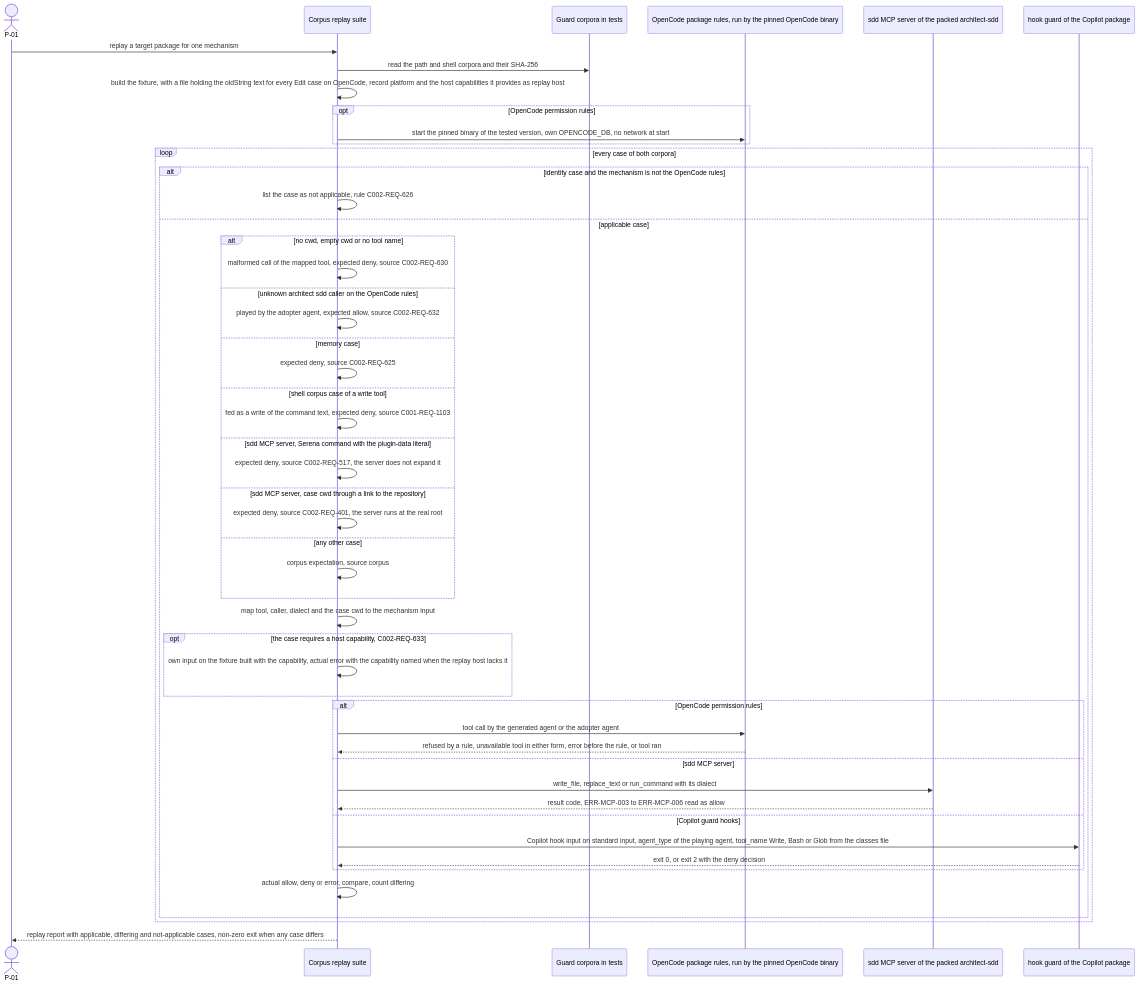
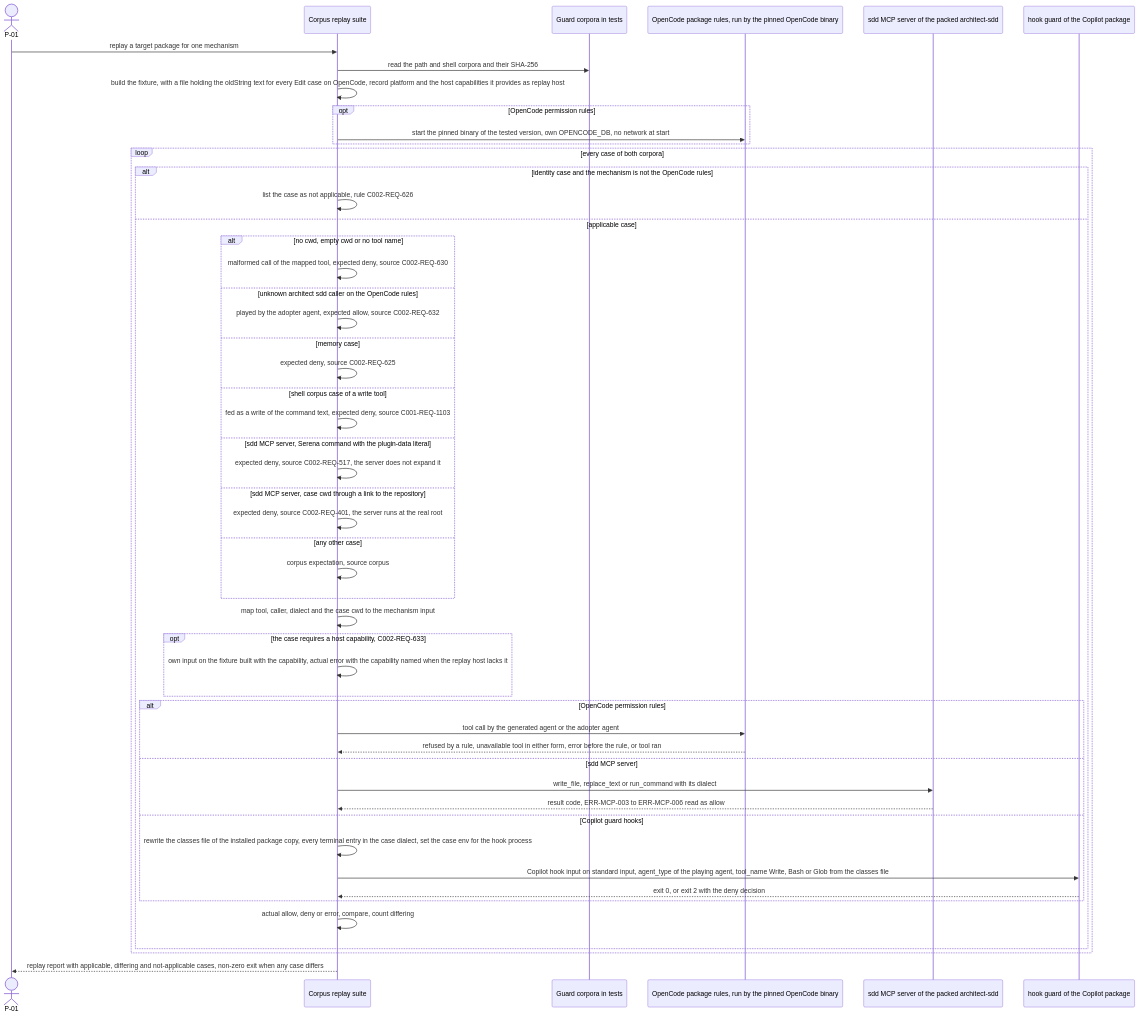
Diagram 12 of 15 in .sdd/002-multi-platform-targets/10-spec/60-architecture/architecture.md (jlacube/spec-architect), drawn with Mermaid before and after one commit. The commit also changed other lines of this file and 7 other files, not shown here.

````diff
--- a/.sdd/002-multi-platform-targets/10-spec/60-architecture/architecture.md
+++ b/.sdd/002-multi-platform-targets/10-spec/60-architecture/architecture.md
@@ -804,53 +804,54 @@
 ```mermaid
 sequenceDiagram
   %% F11 corpus replay with per-mechanism expectations. Realizes C002-TS-608 C002-TS-609 C002-TS-628 C002-TS-629 C002-TS-630 C002-TS-631 C002-TS-643 C002-TS-644 C002-TS-645 C002-TS-646 C002-TS-647
   actor P01 as P-01
   participant C002_COMP_008 as Corpus replay suite
   participant C002_COMP_013 as Guard corpora in tests
   participant C002_COMP_003 as OpenCode package rules, run by the pinned OpenCode binary
   participant C002_COMP_005 as sdd MCP server of the packed architect-sdd
   participant C002_COMP_012 as hook guard of the Copilot package
   P01->>C002_COMP_008: replay a target package for one mechanism
   C002_COMP_008->>C002_COMP_013: read the path and shell corpora and their SHA-256
   C002_COMP_008->>C002_COMP_008: build the fixture, with a file holding the oldString text for every Edit case on OpenCode, record platform and the host capabilities it provides as replay host
   opt OpenCode permission rules
     C002_COMP_008->>C002_COMP_003: start the pinned binary of the tested version, own OPENCODE_DB, no network at start
   end
   loop every case of both corpora
     alt identity case and the mechanism is not the OpenCode rules
       C002_COMP_008->>C002_COMP_008: list the case as not applicable, rule C002-REQ-626
     else applicable case
       alt no cwd, empty cwd or no tool name
         C002_COMP_008->>C002_COMP_008: malformed call of the mapped tool, expected deny, source C002-REQ-630
       else unknown architect sdd caller on the OpenCode rules
         C002_COMP_008->>C002_COMP_008: played by the adopter agent, expected allow, source C002-REQ-632
       else memory case
         C002_COMP_008->>C002_COMP_008: expected deny, source C002-REQ-625
       else shell corpus case of a write tool
         C002_COMP_008->>C002_COMP_008: fed as a write of the command text, expected deny, source C001-REQ-1103
       else sdd MCP server, Serena command with the plugin-data literal
         C002_COMP_008->>C002_COMP_008: expected deny, source C002-REQ-517, the server does not expand it
       else sdd MCP server, case cwd through a link to the repository
         C002_COMP_008->>C002_COMP_008: expected deny, source C002-REQ-401, the server runs at the real root
       else any other case
         C002_COMP_008->>C002_COMP_008: corpus expectation, source corpus
       end
       C002_COMP_008->>C002_COMP_008: map tool, caller, dialect and the case cwd to the mechanism input
       opt the case requires a host capability, C002-REQ-633
         C002_COMP_008->>C002_COMP_008: own input on the fixture built with the capability, actual error with the capability named when the replay host lacks it
       end
       alt OpenCode permission rules
         C002_COMP_008->>C002_COMP_003: tool call by the generated agent or the adopter agent
         C002_COMP_003-->>C002_COMP_008: refused by a rule, unavailable tool in either form, error before the rule, or tool ran
       else sdd MCP server
         C002_COMP_008->>C002_COMP_005: write_file, replace_text or run_command with its dialect
         C002_COMP_005-->>C002_COMP_008: result code, ERR-MCP-003 to ERR-MCP-006 read as allow
       else Copilot guard hooks
+        C002_COMP_008->>C002_COMP_008: rewrite the classes file of the installed package copy, every terminal entry in the case dialect, set the case env for the hook process
         C002_COMP_008->>C002_COMP_012: Copilot hook input on standard input, agent_type of the playing agent, tool_name Write, Bash or Glob from the classes file
         C002_COMP_012-->>C002_COMP_008: exit 0, or exit 2 with the deny decision
       end
       C002_COMP_008->>C002_COMP_008: actual allow, deny or error, compare, count differing
     end
   end
   C002_COMP_008-->>P01: replay report with applicable, differing and not-applicable cases, non-zero exit when any case differs
 ```
````
